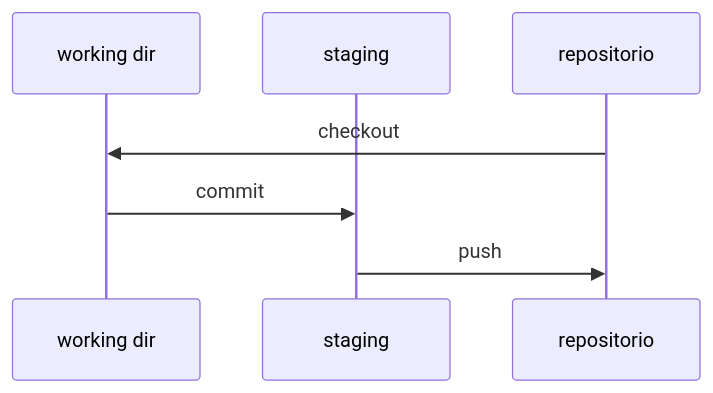
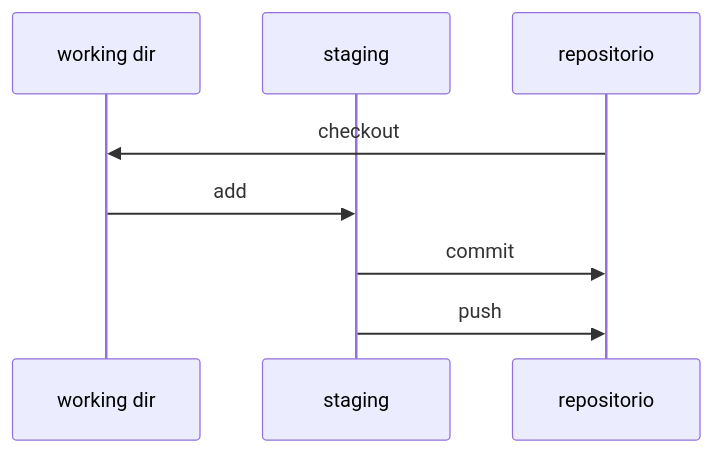
One commit to danielzamo/Introduction-to-git changed the second of 2 diagrams in README.md. Above: the diagram before and after it, drawn with Mermaid. The commit also changed other lines of this file, not shown here.

````diff
--- a/README.md
+++ b/README.md
@@ -59,9 +60,10 @@
 ```mermaid
 sequenceDiagram
     participant working dir
     participant staging
     participant repositorio
     repositorio->>working dir: checkout
-    working dir->>staging: commit
+    working dir->>staging: add
+    staging->>repositorio: commit
     staging->>repositorio: push
 ```
````
